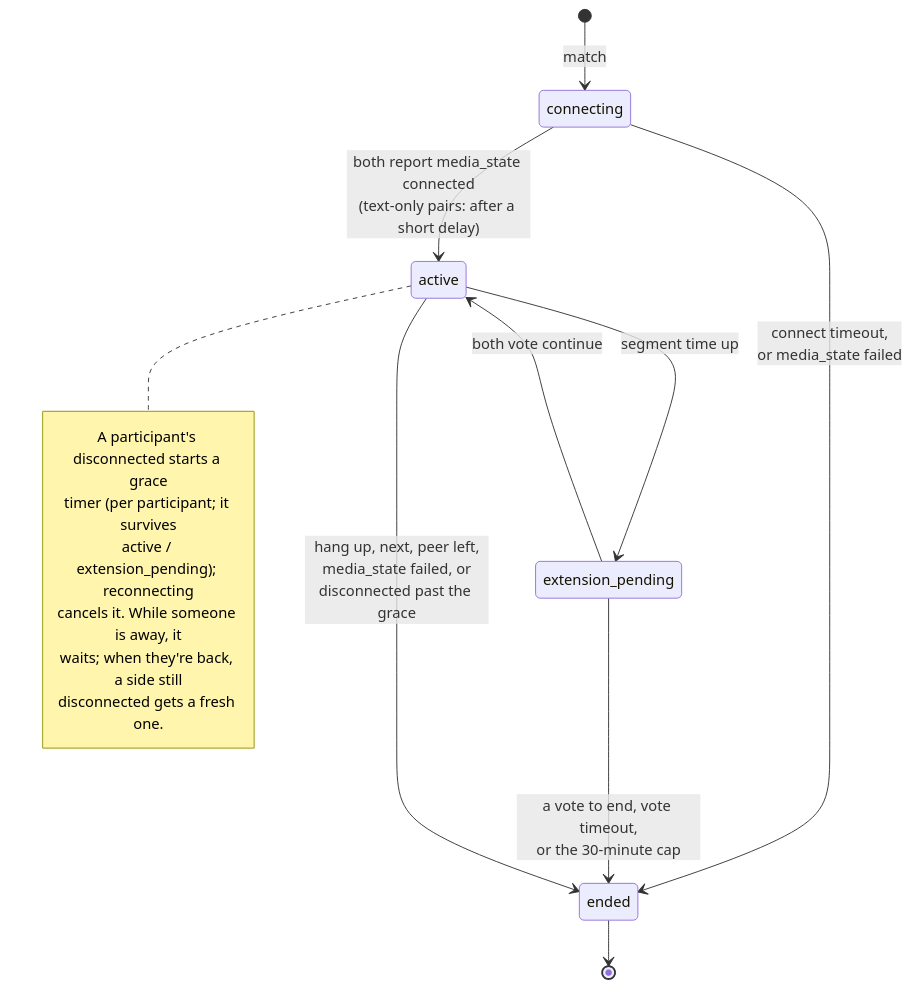
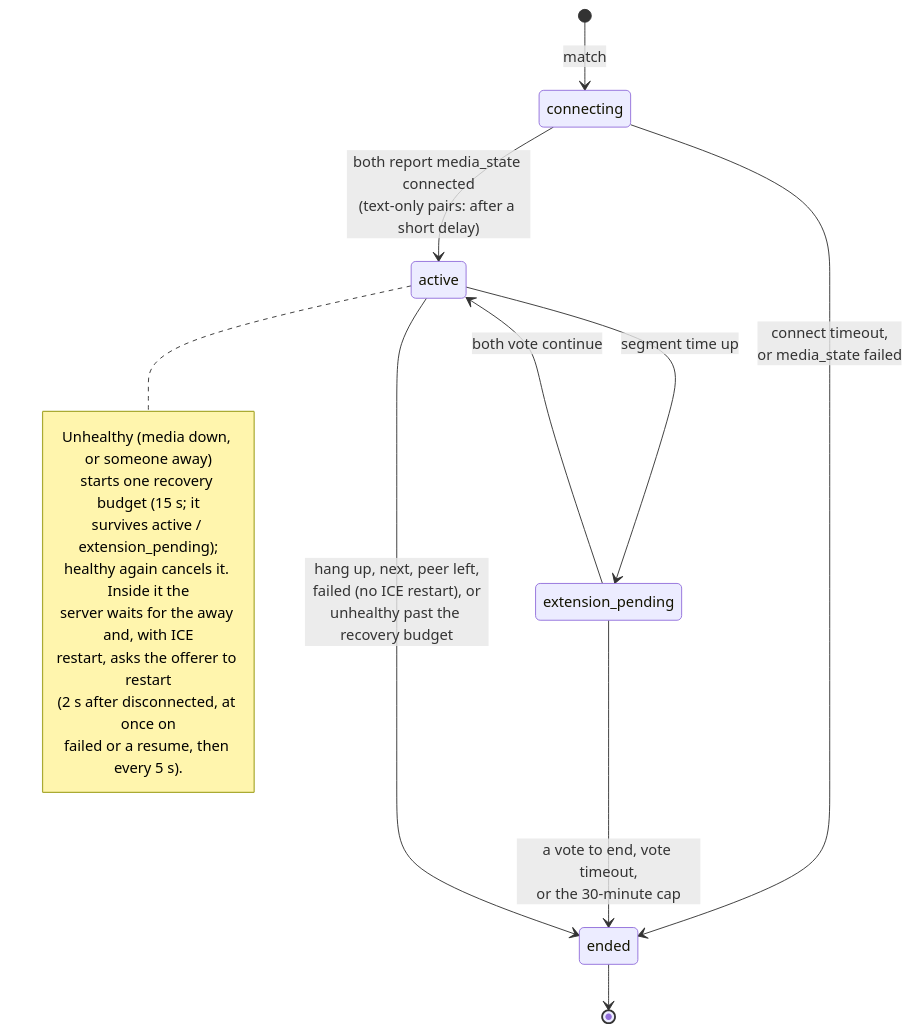
Before and after one commit to wasichu/randos: the second of 6 diagrams in docs/architecture/call_flow.md, drawn with Mermaid. The commit also changed other lines of this file and 4 other files, not shown here.

Commit message:
Docs: the recovery budget (protocol obligations 4, 9, 10; call flow; the design note's outcome; privacy: old allocations after a restart; roadmap)

````diff
--- a/docs/architecture/call_flow.md
+++ b/docs/architecture/call_flow.md
@@ -62,20 +62,22 @@
 ```mermaid
 stateDiagram-v2
     [*] --> connecting: match
     connecting --> active: both report media_state connected<br/>(text-only pairs: after a short delay)
     connecting --> ended: connect timeout,<br/>or media_state failed
     active --> extension_pending: segment time up
     extension_pending --> active: both vote continue
     extension_pending --> ended: a vote to end, vote timeout,<br/>or the 30-minute cap
-    active --> ended: hang up, next, peer left,<br/>media_state failed, or<br/>disconnected past the grace
+    active --> ended: hang up, next, peer left,<br/>failed (no ICE restart), or<br/>unhealthy past the recovery budget
     ended --> [*]
 
     note right of active
-        A participant's disconnected starts a grace
-        timer (per participant; it survives
-        active / extension_pending); reconnecting
-        cancels it. While someone is away, it
-        waits; when they're back, a side still
-        disconnected gets a fresh one.
+        Unhealthy (media down, or someone away)
+        starts one recovery budget (15 s; it
+        survives active / extension_pending);
+        healthy again cancels it. Inside it the
+        server waits for the away and, with ICE
+        restart, asks the offerer to restart
+        (2 s after disconnected, at once on
+        failed or a resume, then every 5 s).
     end note
 ```
````
